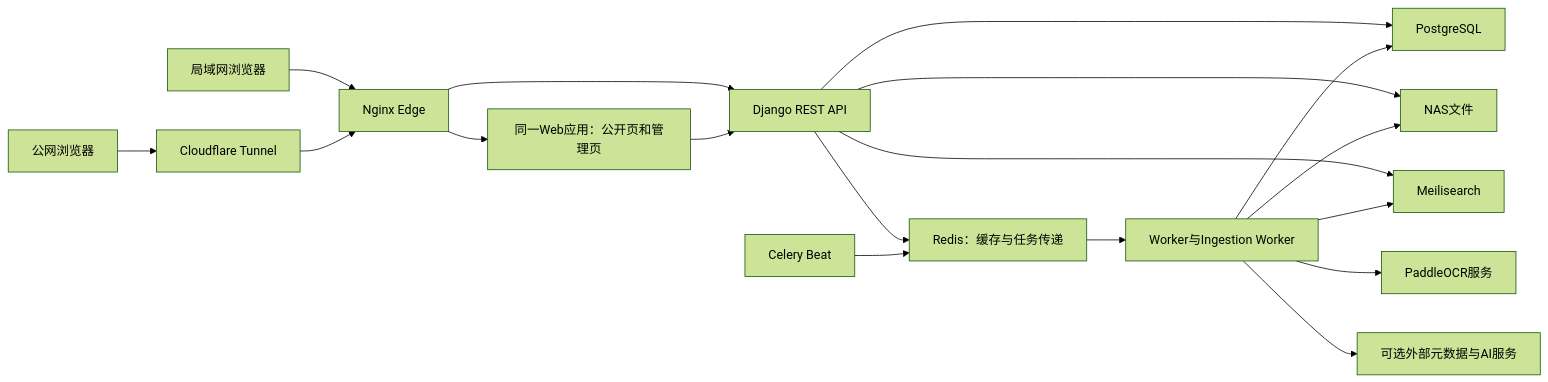
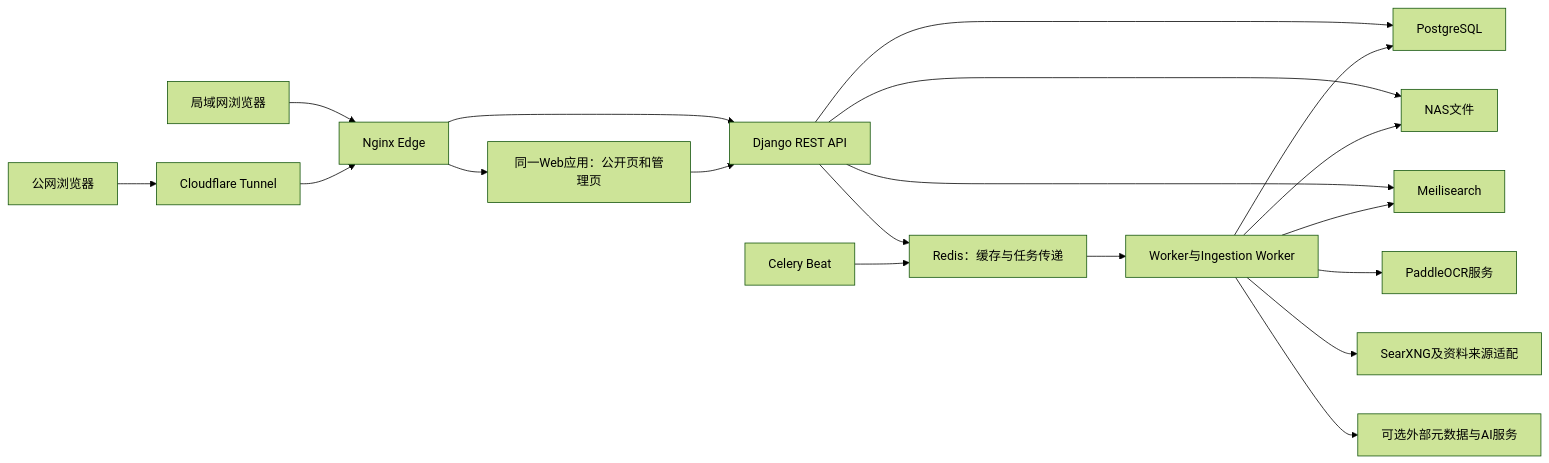
The diagram in docs/GPT_ARCHITECTURE_CONTEXT.md (WinstonMo0807/social-theory-library), drawn with Mermaid (forest theme) before and after one commit. The commit also changed other lines of this file and 297 other files, not shown here.

Commit message:
Release 3.0.6 and document current admin architecture

````diff
--- a/docs/GPT_ARCHITECTURE_CONTEXT.md
+++ b/docs/GPT_ARCHITECTURE_CONTEXT.md
@@ -56,20 +58,21 @@
 ```mermaid
 flowchart LR
     Public[公网浏览器] --> Tunnel[Cloudflare Tunnel]
     LAN[局域网浏览器] --> Edge[Nginx Edge]
     Tunnel --> Edge
     Edge --> Web[同一Web应用：公开页和管理页]
     Edge --> API[Django REST API]
     Web --> API
     API --> PG[PostgreSQL]
     API --> Redis[Redis：缓存与任务传递]
     API --> NAS[NAS文件]
     API --> Search[Meilisearch]
     Redis --> Worker[Worker与Ingestion Worker]
     Beat[Celery Beat] --> Redis
     Worker --> PG
     Worker --> NAS
     Worker --> Search
     Worker --> OCR[PaddleOCR服务]
+    Worker --> Sources[SearXNG及资料来源适配]
     Worker --> Provider[可选外部元数据与AI服务]
 ```
````
